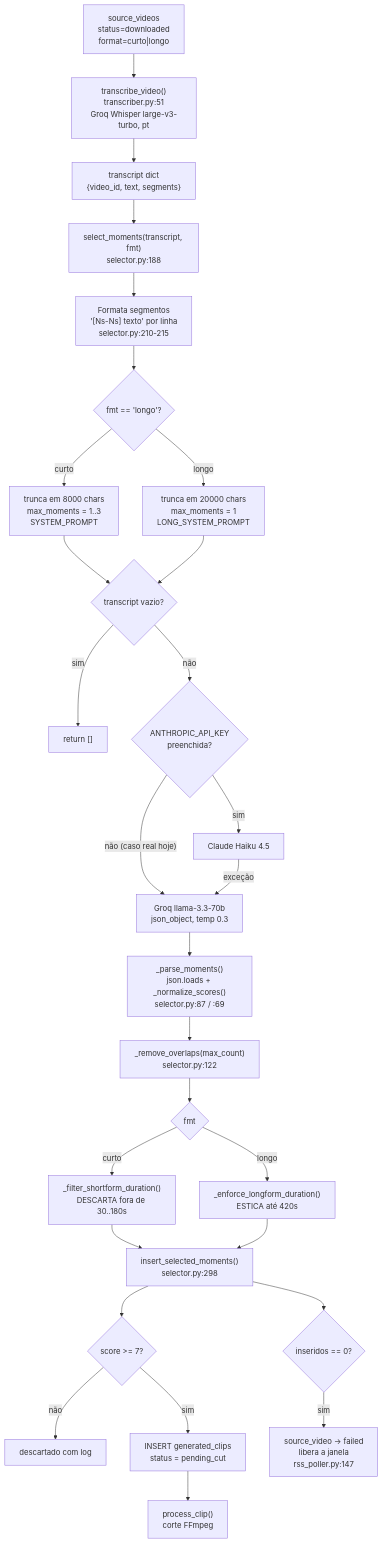
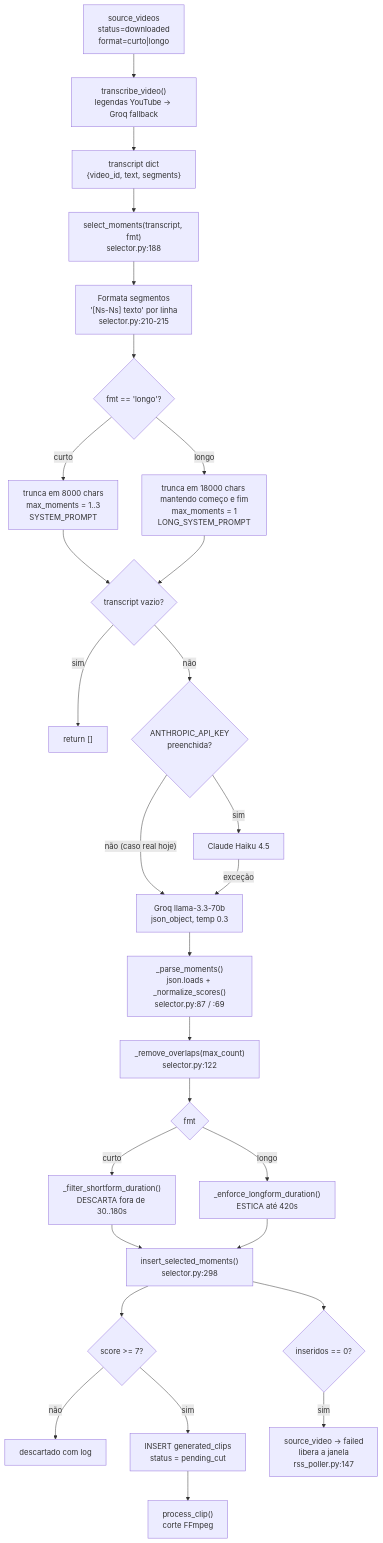
One commit to AlessandroMelo88/gerenciador-de-conteudo changed the diagram in Docs/SISTEMA-IA-SELECAO.md. Above: the diagram before and after it, drawn with Mermaid. The commit also changed other lines of this file and 14 other files, not shown here.

First line of the commit message:
feat(video): remove propaganda e adiciona videos relacionados

````diff
--- a/Docs/SISTEMA-IA-SELECAO.md
+++ b/Docs/SISTEMA-IA-SELECAO.md
@@ -262,30 +330,30 @@
 ```mermaid
 flowchart TD
-    A["source_videos<br/>status=downloaded<br/>format=curto|longo"] --> B["transcribe_video()<br/>transcriber.py:51<br/>Groq Whisper large-v3-turbo, pt"]
+    A["source_videos<br/>status=downloaded<br/>format=curto|longo"] --> B["transcribe_video()<br/>legendas YouTube → Groq fallback"]
     B --> C["transcript dict<br/>{video_id, text, segments}"]
     C --> D["select_moments(transcript, fmt)<br/>selector.py:188"]
     D --> E["Formata segmentos<br/>'[Ns-Ns] texto' por linha<br/>selector.py:210-215"]
     E --> F{"fmt == 'longo'?"}
     F -->|curto| G1["trunca em 8000 chars<br/>max_moments = 1..3<br/>SYSTEM_PROMPT"]
-    F -->|longo| G2["trunca em 20000 chars<br/>max_moments = 1<br/>LONG_SYSTEM_PROMPT"]
+    F -->|longo| G2["trunca em 18000 chars mantendo começo e fim<br/>max_moments = 1<br/>LONG_SYSTEM_PROMPT"]
     G1 --> H{"transcript vazio?"}
     G2 --> H
     H -->|sim| Z["return []"]
     H -->|não| I{"ANTHROPIC_API_KEY<br/>preenchida?"}
     I -->|"sim"| J["Claude Haiku 4.5"]
     I -->|"não (caso real hoje)"| K["Groq llama-3.3-70b<br/>json_object, temp 0.3"]
     J -->|exceção| K
     K --> L["_parse_moments()<br/>json.loads + _normalize_scores()<br/>selector.py:87 / :69"]
     L --> M["_remove_overlaps(max_count)<br/>selector.py:122"]
     M --> N{"fmt"}
     N -->|curto| O1["_filter_shortform_duration()<br/>DESCARTA fora de 30..180s"]
     N -->|longo| O2["_enforce_longform_duration()<br/>ESTICA até 420s"]
     O1 --> P["insert_selected_moments()<br/>selector.py:298"]
     O2 --> P
     P --> Q{"score >= 7?"}
     Q -->|não| R["descartado com log"]
     Q -->|sim| S["INSERT generated_clips<br/>status = pending_cut"]
     S --> T["process_clip()<br/>corte FFmpeg"]
     P --> U{"inseridos == 0?"}
     U -->|sim| V["source_video → failed<br/>libera a janela<br/>rss_poller.py:147"]
 ```
````
